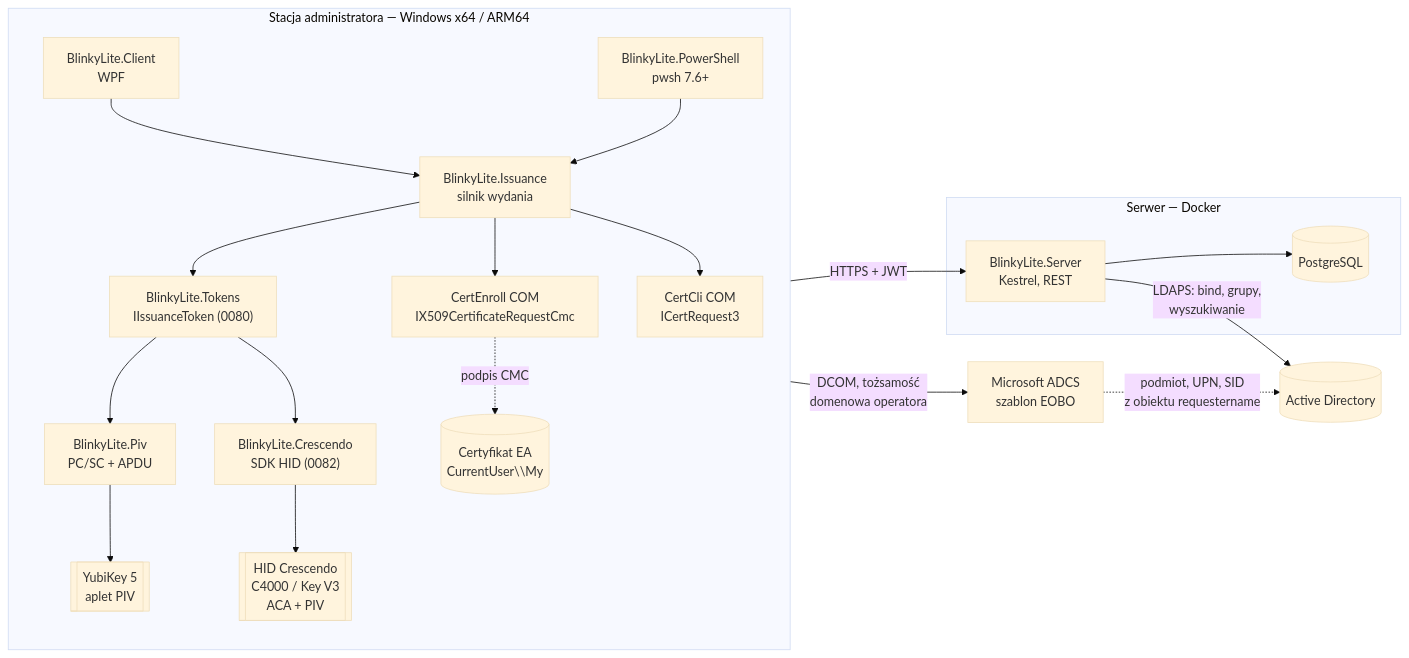
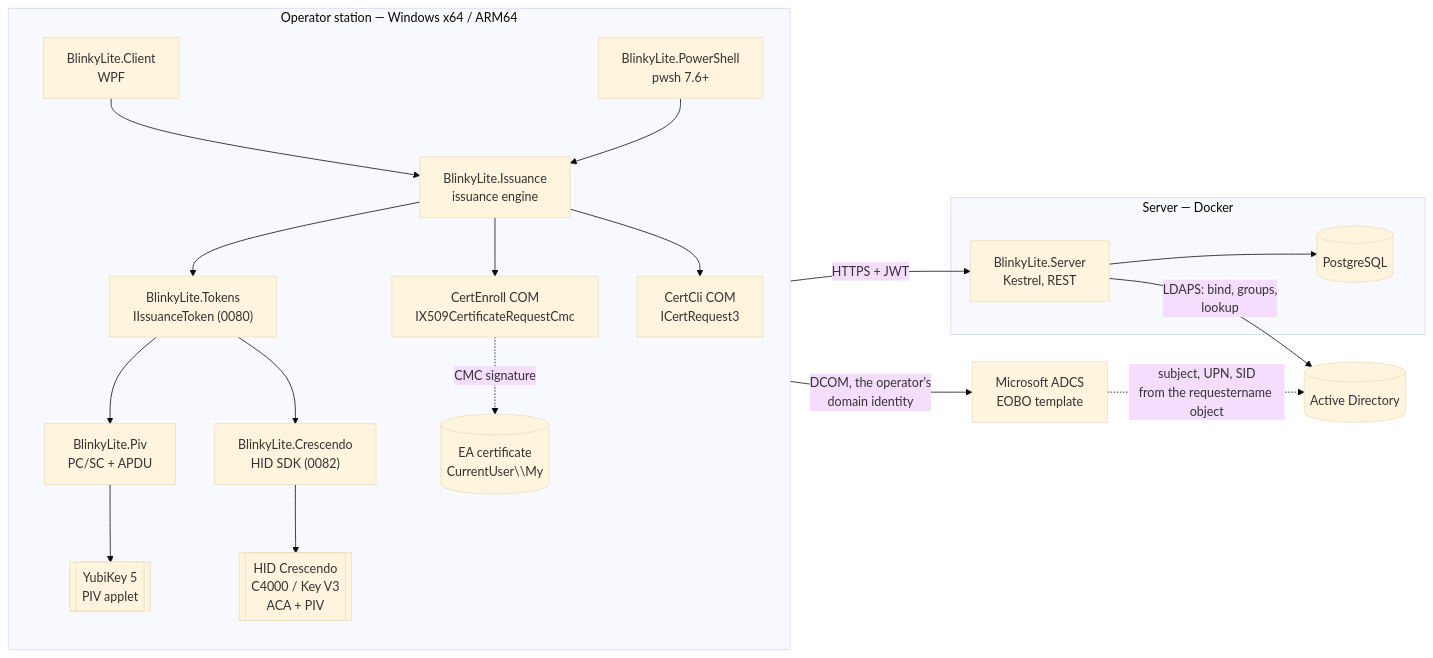
One commit to franekSoftSF/BlinkyLite changed the first of 3 diagrams in docs/01-architecture.md. Above: the diagram before and after it, drawn with Mermaid (base theme). The commit also changed other lines of this file and 30 other files, not shown here.

````diff
--- a/docs/01-architecture.md
+++ b/docs/01-architecture.md
@@ -25,39 +24,39 @@
 ```mermaid
 flowchart LR
-    subgraph WS["Stacja administratora — Windows x64 / ARM64"]
+    subgraph WS["Operator station — Windows x64 / ARM64"]
         direction TB
         WPF["BlinkyLite.Client<br/>WPF"]
         PS["BlinkyLite.PowerShell<br/>pwsh 7.6+"]
-        ENG["BlinkyLite.Issuance<br/>silnik wydania"]
+        ENG["BlinkyLite.Issuance<br/>issuance engine"]
         TOK["BlinkyLite.Tokens<br/>IIssuanceToken (0080)"]
         PIV["BlinkyLite.Piv<br/>PC/SC + APDU"]
-        CRS["BlinkyLite.Crescendo<br/>SDK HID (0082)"]
+        CRS["BlinkyLite.Crescendo<br/>HID SDK (0082)"]
         CE["CertEnroll COM<br/>IX509CertificateRequestCmc"]
         CR["CertCli COM<br/>ICertRequest3"]
-        EA[("Certyfikat EA<br/>CurrentUser\\My")]
-        YK[["YubiKey 5<br/>aplet PIV"]]
+        EA[("EA certificate<br/>CurrentUser\\My")]
+        YK[["YubiKey 5<br/>PIV applet"]]
         HC[["HID Crescendo<br/>C4000 / Key V3<br/>ACA + PIV"]]
         WPF --> ENG
         PS --> ENG
         ENG --> TOK
         TOK --> PIV --> YK
         TOK --> CRS --> HC
         ENG --> CE
-        CE -. podpis CMC .-> EA
+        CE -. CMC signature .-> EA
         ENG --> CR
     end
 
-    subgraph SRV["Serwer — Docker"]
+    subgraph SRV["Server — Docker"]
         API["BlinkyLite.Server<br/>Kestrel, REST"]
         DB[("PostgreSQL")]
         API --> DB
     end
 
     AD[("Active Directory")]
-    CA["Microsoft ADCS<br/>szablon EOBO"]
+    CA["Microsoft ADCS<br/>EOBO template"]
 
     ENG -- "HTTPS + JWT" --> API
-    API -- "LDAPS: bind, grupy,<br/>wyszukiwanie" --> AD
-    CR -- "DCOM, tożsamość<br/>domenowa operatora" --> CA
-    CA -. "podmiot, UPN, SID<br/>z obiektu requestername" .-> AD
+    API -- "LDAPS: bind, groups,<br/>lookup" --> AD
+    CR -- "DCOM, the operator's<br/>domain identity" --> CA
+    CA -. "subject, UPN, SID<br/>from the requestername object" .-> AD
 ```
````
